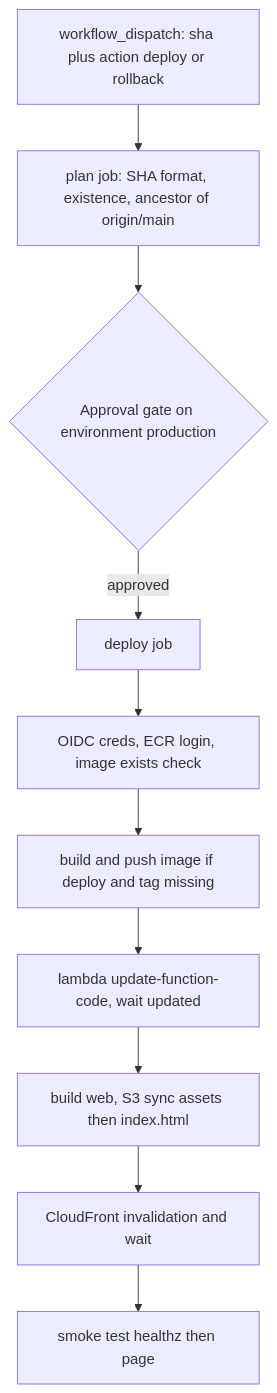
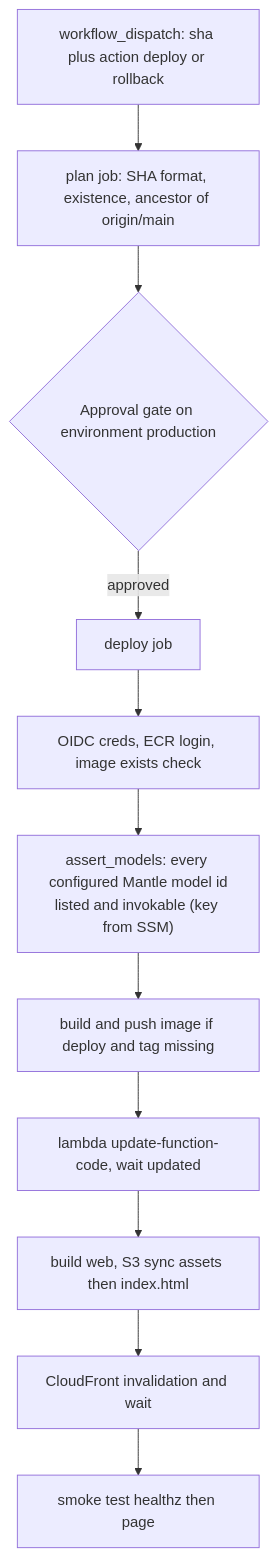
Before and after one commit to Nextasy-Apps-LLC/marcuss-cadre-test: the diagram in openwiki/workflows/ci-cd.md, drawn with Mermaid. The commit also changed other lines of this file and 8 other files, not shown here.

````diff
--- a/openwiki/workflows/ci-cd.md
+++ b/openwiki/workflows/ci-cd.md
@@ -36,12 +44,13 @@
 ```mermaid
 flowchart TD
   A["workflow_dispatch: sha plus action deploy or rollback"] --> P["plan job: SHA format, existence, ancestor of origin/main"]
   P --> G{"Approval gate on environment production"}
   G -->|approved| D["deploy job"]
   D --> E["OIDC creds, ECR login, image exists check"]
-  E --> B1["build and push image if deploy and tag missing"]
+  E --> AM["assert_models: every configured Mantle model id<br/>listed and invokable (key from SSM)"]
+  AM --> B1["build and push image if deploy and tag missing"]
   B1 --> L["lambda update-function-code, wait updated"]
   L --> S["build web, S3 sync assets then index.html"]
   S --> I["CloudFront invalidation and wait"]
   I --> SM["smoke test healthz then page"]
 ```
````
